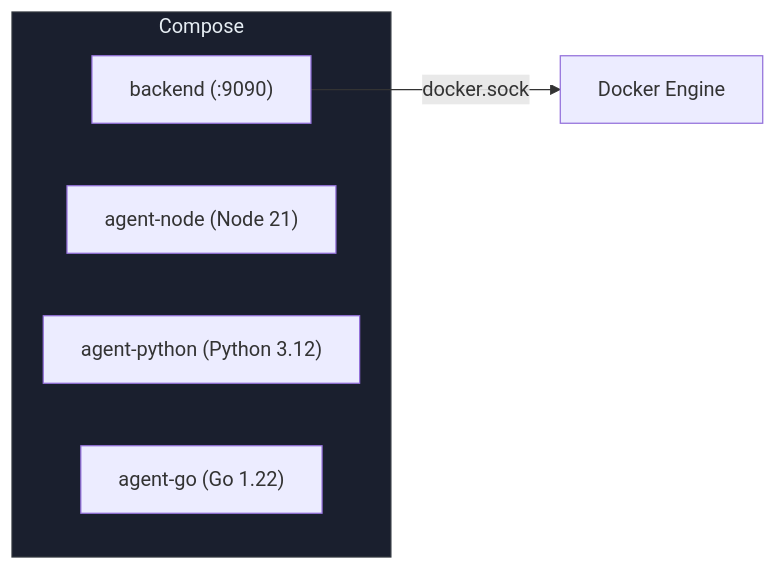
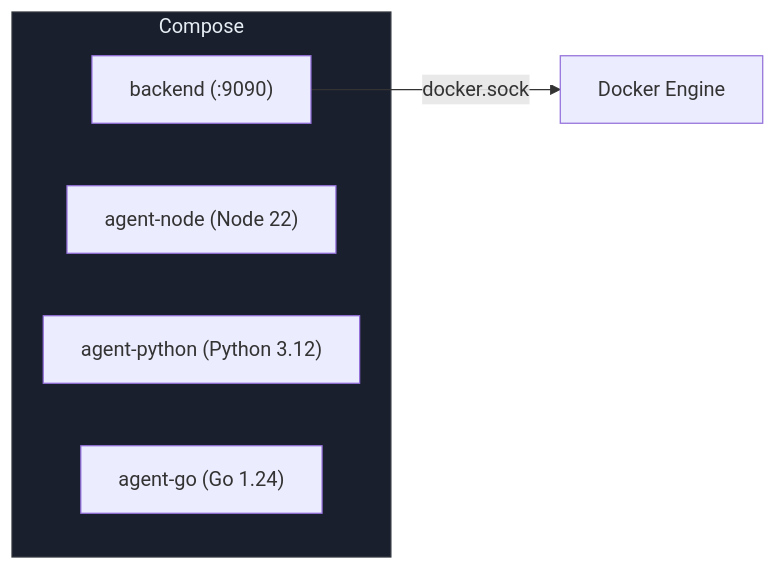
One commit to FLSEST/MySuricates changed the first of 2 diagrams in docs/deployment-container-diagrams.md. Above: the diagram before and after it, drawn with Mermaid. The commit also changed other lines of this file and 8 other files, not shown here.

````diff
--- a/docs/deployment-container-diagrams.md
+++ b/docs/deployment-container-diagrams.md
@@ -9,11 +9,11 @@
 ```mermaid
 flowchart LR
     subgraph Compose
         BE["backend (:9090)"]
-        N["agent-node (Node 21)"]
+        N["agent-node (Node 22)"]
         PY["agent-python (Python 3.12)"]
-        GO["agent-go (Go 1.22)"]
+        GO["agent-go (Go 1.24)"]
     end
     BE -->|"docker.sock"| Engine["Docker Engine"]
     style Compose fill:#1a1f2e,stroke:#30363d,color:#e6edf3
 ```
````
